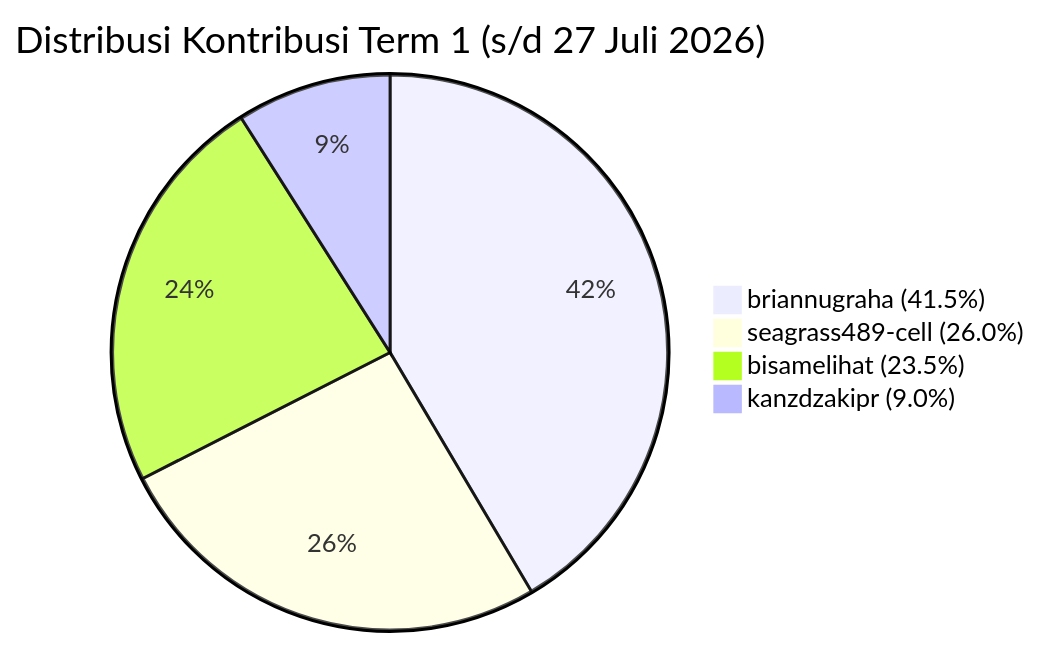
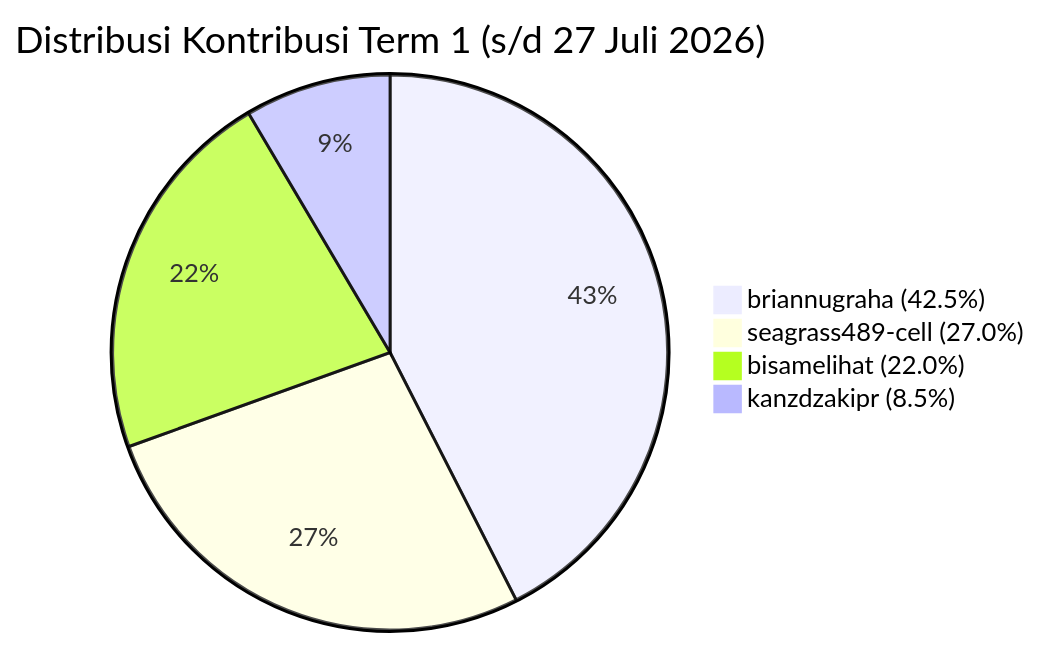
The second of 3 diagrams in KONTRIBUSI_TIM.md (kanzdzakipr/ServicePlan-BRA), drawn with Mermaid before and after one commit. The commit also changed other lines of this file, not shown here.

````diff
--- a/KONTRIBUSI_TIM.md
+++ b/KONTRIBUSI_TIM.md
@@ -68,7 +68,7 @@
 ```mermaid
 pie title Distribusi Kontribusi Term 1 (s/d 27 Juli 2026)
-    "briannugraha (41.5%)" : 41.5
-    "seagrass489-cell (26.0%)" : 26.0
-    "bisamelihat (23.5%)" : 23.5
-    "kanzdzakipr (9.0%)" : 9.0
+    "briannugraha (42.5%)" : 42.5
+    "seagrass489-cell (27.0%)" : 27.0
+    "bisamelihat (22.0%)" : 22.0
+    "kanzdzakipr (8.5%)" : 8.5
 ```
````
